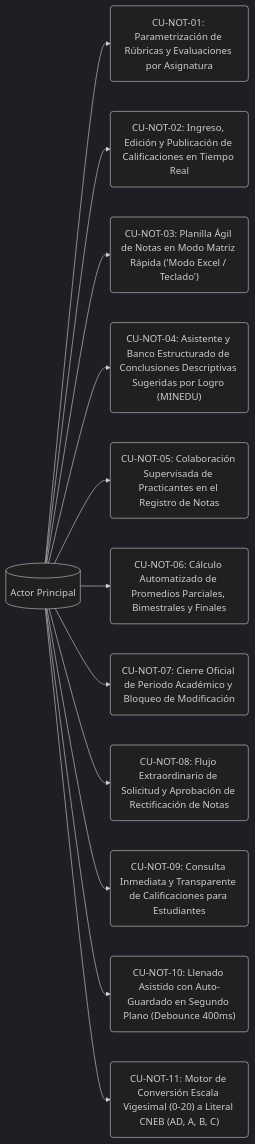
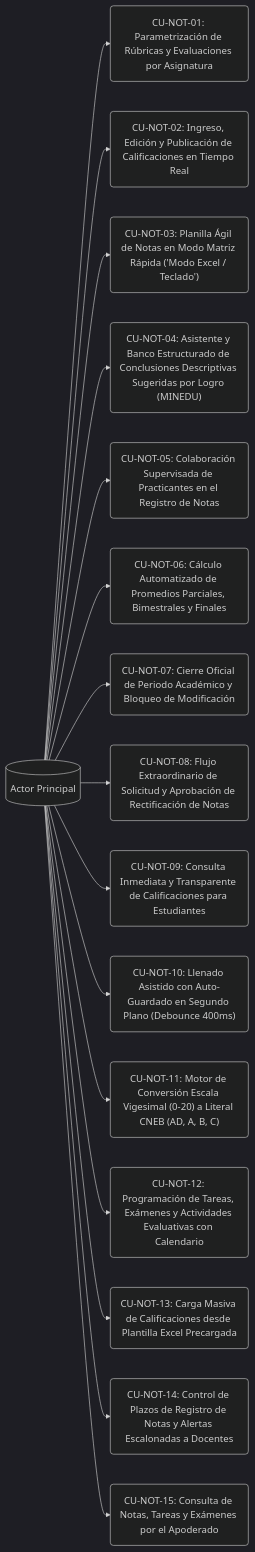
Before and after one commit to Eduardo-Sebastian-Paipay-Vega/school-management-system: the diagram in D - Base 1 - 01092026/Fase 2/Casos de uso/Squad 3 - Calificaciones y Modo Excel/README.md, drawn with Mermaid (dark theme). The commit also changed other lines of this file and 126 other files, not shown here.

````diff
--- a/D - Base 1 - 01092026/Fase 2/Casos de uso/Squad 3 - Calificaciones y Modo Excel/README.md
+++ b/D - Base 1 - 01092026/Fase 2/Casos de uso/Squad 3 - Calificaciones y Modo Excel/README.md
@@ -14,15 +14,19 @@
 ```mermaid
 flowchart LR
     Actor[("Actor Principal")]
     Actor --> CU_NOT_01("CU-NOT-01: Parametrización de Rúbricas y Evaluaciones por Asignatura")
     Actor --> CU_NOT_02("CU-NOT-02: Ingreso, Edición y Publicación de Calificaciones en Tiempo Real")
     Actor --> CU_NOT_03("CU-NOT-03: Planilla Ágil de Notas en Modo Matriz Rápida ('Modo Excel / Teclado')")
     Actor --> CU_NOT_04("CU-NOT-04: Asistente y Banco Estructurado de Conclusiones Descriptivas Sugeridas por Logro (MINEDU)")
     Actor --> CU_NOT_05("CU-NOT-05: Colaboración Supervisada de Practicantes en el Registro de Notas")
     Actor --> CU_NOT_06("CU-NOT-06: Cálculo Automatizado de Promedios Parciales, Bimestrales y Finales")
     Actor --> CU_NOT_07("CU-NOT-07: Cierre Oficial de Periodo Académico y Bloqueo de Modificación")
     Actor --> CU_NOT_08("CU-NOT-08: Flujo Extraordinario de Solicitud y Aprobación de Rectificación de Notas")
     Actor --> CU_NOT_09("CU-NOT-09: Consulta Inmediata y Transparente de Calificaciones para Estudiantes")
     Actor --> CU_NOT_10("CU-NOT-10: Llenado Asistido con Auto-Guardado en Segundo Plano (Debounce 400ms)")
     Actor --> CU_NOT_11("CU-NOT-11: Motor de Conversión Escala Vigesimal (0-20) a Literal CNEB (AD, A, B, C)")
+    Actor --> CU_NOT_12("CU-NOT-12: Programación de Tareas, Exámenes y Actividades Evaluativas con Calendario")
+    Actor --> CU_NOT_13("CU-NOT-13: Carga Masiva de Calificaciones desde Plantilla Excel Precargada")
+    Actor --> CU_NOT_14("CU-NOT-14: Control de Plazos de Registro de Notas y Alertas Escalonadas a Docentes")
+    Actor --> CU_NOT_15("CU-NOT-15: Consulta de Notas, Tareas y Exámenes por el Apoderado")
 ```
````
